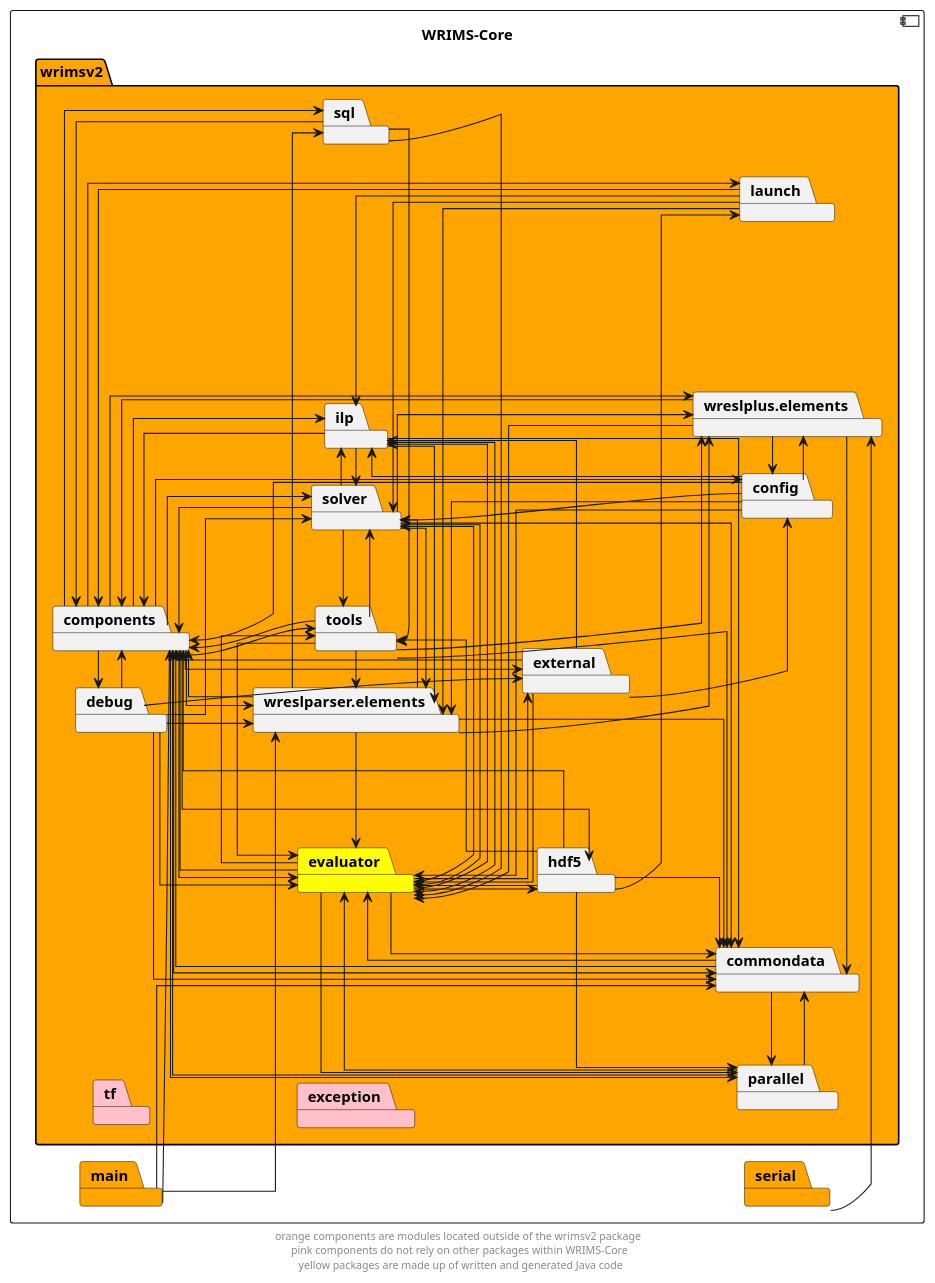
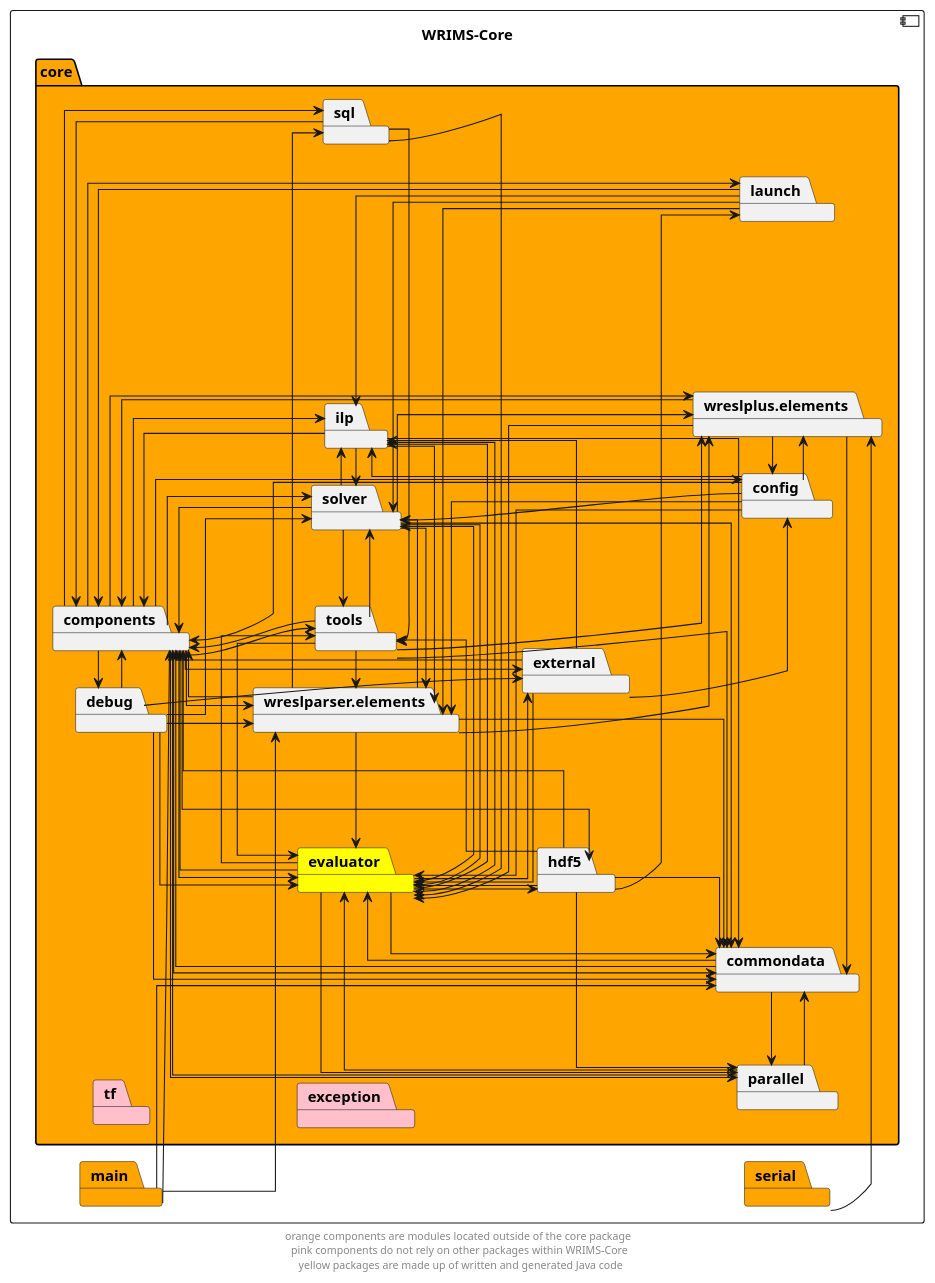
The diagram in docs/diagrams/wrims-core/wrims-core-interdeps-simplified.puml (CentralValleyModeling/wrims-engine), drawn with PlantUML before and after one commit. The commit also changed 39 other files, not shown here.

Commit message:
Updated diagrams per rename changes.

```diff
--- a/docs/diagrams/wrims-core/wrims-core-interdeps-simplified.puml
+++ b/docs/diagrams/wrims-core/wrims-core-interdeps-simplified.puml
@@ -1,142 +1,142 @@
 @startuml
 left to right direction
 skinparam linetype ortho
 
 component wrims_core as "WRIMS-Core" {
     package main #orange
     package serial #orange
-    package wrimsv2 #orange {
+    package core #orange {
         package commondata
         package components
         package config
         package debug
         package evaluator #yellow
         package exception #pink
         package external
         package hdf5
         package ilp
         package launch
         package parallel
         package solver
         package sql
         package tf #pink
         package tools
         package wreslparser.elements
         package wreslplus.elements
     }
 }
 
 
 main -> components
 main -> wreslparser.elements
 main --> commondata
 
 serial -> wreslplus.elements
 
 commondata -> evaluator
 commondata -> components
 commondata -> parallel
 
 components -> commondata
 components --> evaluator
 components -> external
 components -> solver
 components -> ilp
 components -> wreslparser.elements
 components -> wreslplus.elements
 components -> config
 components -> hdf5
 components -> launch
 components -> sql
 components -> tools
 components -> debug
 components -> parallel
 
 config -> components
 config --> evaluator
 config --> ilp
 config -> solver
 config -> wreslplus.elements
 config -> wreslparser.elements
 
 debug -> components
 debug --> wreslparser.elements
 debug -> solver
 debug -> commondata
 debug -> evaluator
 debug -> external
 
 evaluator -> commondata
 evaluator -> components
 evaluator --> parallel
 evaluator -> tools
 evaluator -> hdf5
 evaluator -> solver
 evaluator --> external
 evaluator -> ilp
 
 external -> components
 external -> evaluator
 external -> ilp
 external --> config
 
 hdf5 -> components
 hdf5 --> evaluator
 hdf5 --> launch
 hdf5 -> commondata
 hdf5 -> parallel
 hdf5 -> tools
 
 ilp -> commondata
 ilp -> components
 ilp -> evaluator
 ilp -> solver
 ilp -> wreslparser.elements
 
 launch -> ilp
 launch -> components
 launch -> wreslparser.elements
 launch -> solver
 
 parallel -> components
 parallel -> commondata
 parallel -> evaluator
 
 solver -> commondata
 solver -> components
 solver -> evaluator
 solver -> wreslparser.elements
 solver -> ilp
 solver -> tools
 solver -> wreslplus.elements
 
 sql -> components
 sql -> tools
 sql -> evaluator
 
 tools -> solver
 tools -> wreslplus.elements
 tools -> commondata
 tools -> components
 tools -> evaluator
 tools -> wreslparser.elements
 
 wreslparser.elements -> commondata
 wreslparser.elements -> components
 wreslparser.elements -> wreslplus.elements
 wreslparser.elements -> evaluator
 wreslparser.elements -> solver
 wreslparser.elements -> sql
 
 wreslplus.elements -> components
 wreslplus.elements -> commondata
 wreslplus.elements -> config
 wreslplus.elements -> evaluator
 
 ' The following relationships are hidden and used to format the diagram. They do not represent actual dependencies.
 solver -d[hidden]-> commondata
 tf -d[hidden]-> exception
 
-footer "orange components are modules located outside of the wrimsv2 package \n pink components do not rely on other packages within WRIMS-Core \n yellow packages are made up of written and generated Java code"
+footer "orange components are modules located outside of the core package \n pink components do not rely on other packages within WRIMS-Core \n yellow packages are made up of written and generated Java code"
 
 @enduml
```
